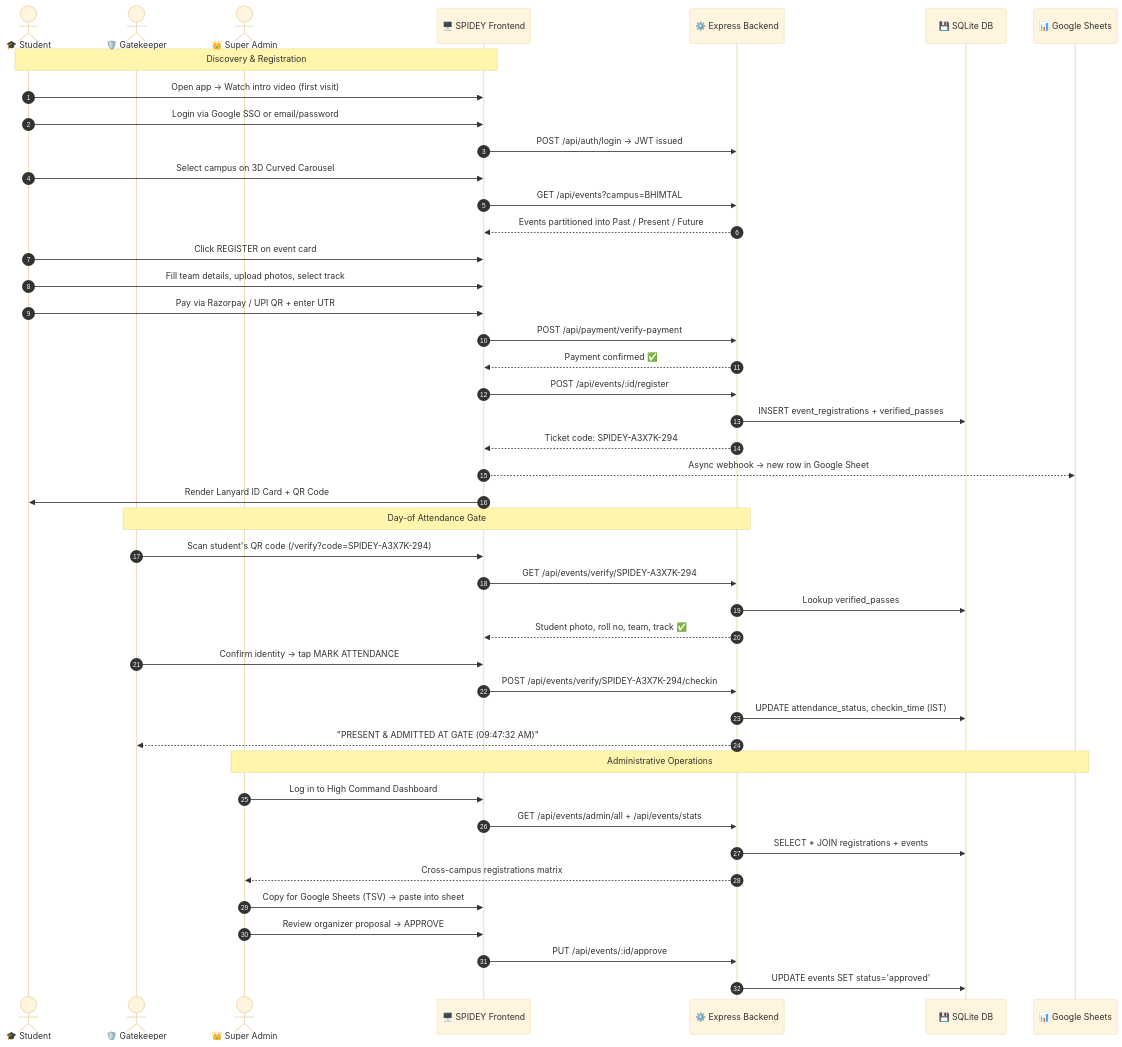
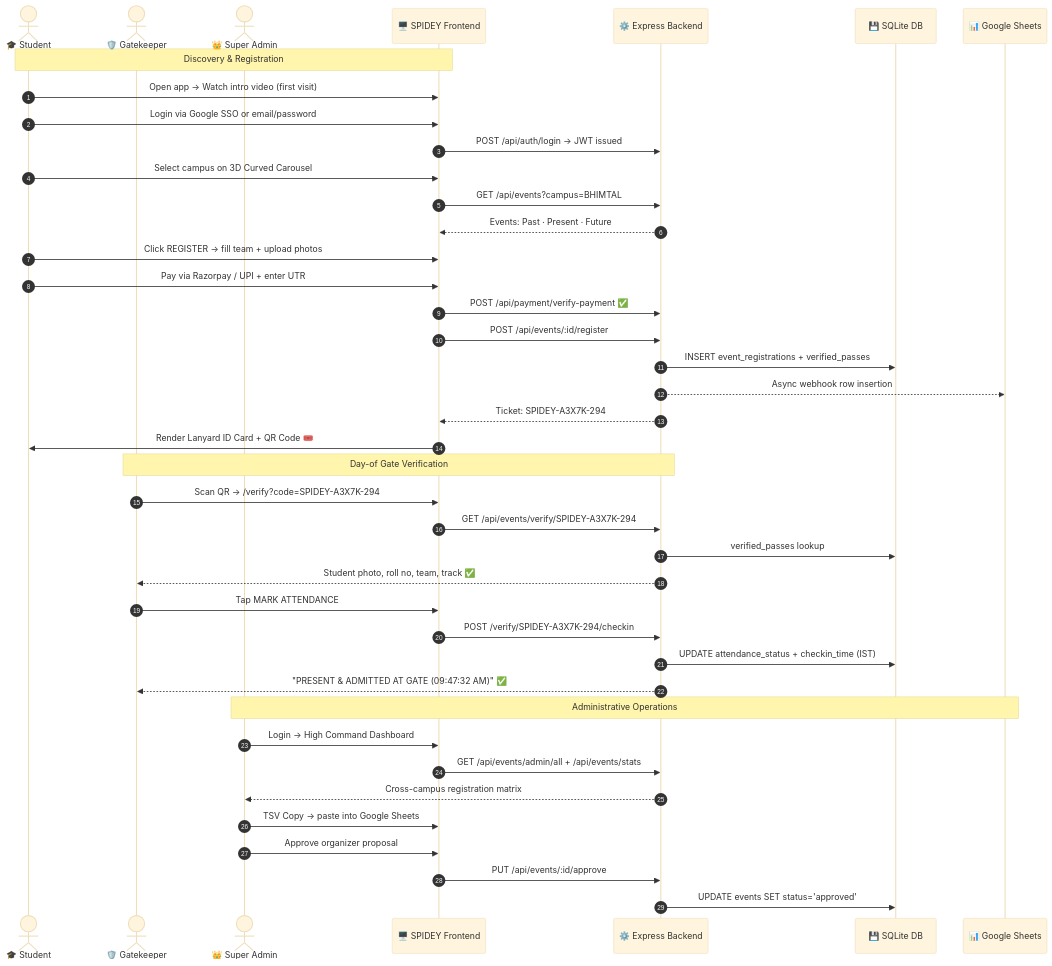
Before and after one commit to ujjwalchaudharyyy/SPIDEY: the second of 2 diagrams in README.md, drawn with Mermaid (base theme). The commit also changed other lines of this file and 5 other files, not shown here.

Commit message:
docs: add UI screenshots, real event photos, and visually enhanced README with image galleries

````diff
--- a/README.md
+++ b/README.md
@@ -736,52 +802,49 @@
 ```mermaid
 sequenceDiagram
     autonumber
     actor S as 🎓 Student
     actor G as 🛡️ Gatekeeper
     actor A as 👑 Super Admin
     participant FE as 🖥️ SPIDEY Frontend
     participant BE as ⚙️ Express Backend
     participant DB as 💾 SQLite DB
     participant GS as 📊 Google Sheets
 
     Note over S, FE: Discovery & Registration
 
     S->>FE: Open app → Watch intro video (first visit)
     S->>FE: Login via Google SSO or email/password
     FE->>BE: POST /api/auth/login → JWT issued
     S->>FE: Select campus on 3D Curved Carousel
     FE->>BE: GET /api/events?campus=BHIMTAL
-    BE-->>FE: Events partitioned into Past / Present / Future
-    S->>FE: Click REGISTER on event card
-    S->>FE: Fill team details, upload photos, select track
-    S->>FE: Pay via Razorpay / UPI QR + enter UTR
-    FE->>BE: POST /api/payment/verify-payment
-    BE-->>FE: Payment confirmed ✅
+    BE-->>FE: Events: Past · Present · Future
+    S->>FE: Click REGISTER → fill team + upload photos
+    S->>FE: Pay via Razorpay / UPI + enter UTR
+    FE->>BE: POST /api/payment/verify-payment ✅
     FE->>BE: POST /api/events/:id/register
     BE->>DB: INSERT event_registrations + verified_passes
-    BE-->>FE: Ticket code: SPIDEY-A3X7K-294
-    FE-->>GS: Async webhook → new row in Google Sheet
-    FE->>S: Render Lanyard ID Card + QR Code
+    BE-->>GS: Async webhook row insertion
+    BE-->>FE: Ticket: SPIDEY-A3X7K-294
+    FE->>S: Render Lanyard ID Card + QR Code 🎟️
 
-    Note over G, BE: Day-of Attendance Gate
+    Note over G, BE: Day-of Gate Verification
 
-    G->>FE: Scan student's QR code (/verify?code=SPIDEY-A3X7K-294)
+    G->>FE: Scan QR → /verify?code=SPIDEY-A3X7K-294
     FE->>BE: GET /api/events/verify/SPIDEY-A3X7K-294
-    BE->>DB: Lookup verified_passes
-    BE-->>FE: Student photo, roll no, team, track ✅
-    G->>FE: Confirm identity → tap MARK ATTENDANCE
-    FE->>BE: POST /api/events/verify/SPIDEY-A3X7K-294/checkin
-    BE->>DB: UPDATE attendance_status, checkin_time (IST)
-    BE-->>G: "PRESENT & ADMITTED AT GATE (09:47:32 AM)"
+    BE->>DB: verified_passes lookup
+    BE-->>G: Student photo, roll no, team, track ✅
+    G->>FE: Tap MARK ATTENDANCE
+    FE->>BE: POST /verify/SPIDEY-A3X7K-294/checkin
+    BE->>DB: UPDATE attendance_status + checkin_time (IST)
+    BE-->>G: "PRESENT & ADMITTED AT GATE (09:47:32 AM)" ✅
 
     Note over A, GS: Administrative Operations
 
-    A->>FE: Log in to High Command Dashboard
+    A->>FE: Login → High Command Dashboard
     FE->>BE: GET /api/events/admin/all + /api/events/stats
-    BE->>DB: SELECT * JOIN registrations + events
-    BE-->>A: Cross-campus registrations matrix
-    A->>FE: Copy for Google Sheets (TSV) → paste into sheet
-    A->>FE: Review organizer proposal → APPROVE
+    BE-->>A: Cross-campus registration matrix
+    A->>FE: TSV Copy → paste into Google Sheets
+    A->>FE: Approve organizer proposal
     FE->>BE: PUT /api/events/:id/approve
     BE->>DB: UPDATE events SET status='approved'
 ```
````
